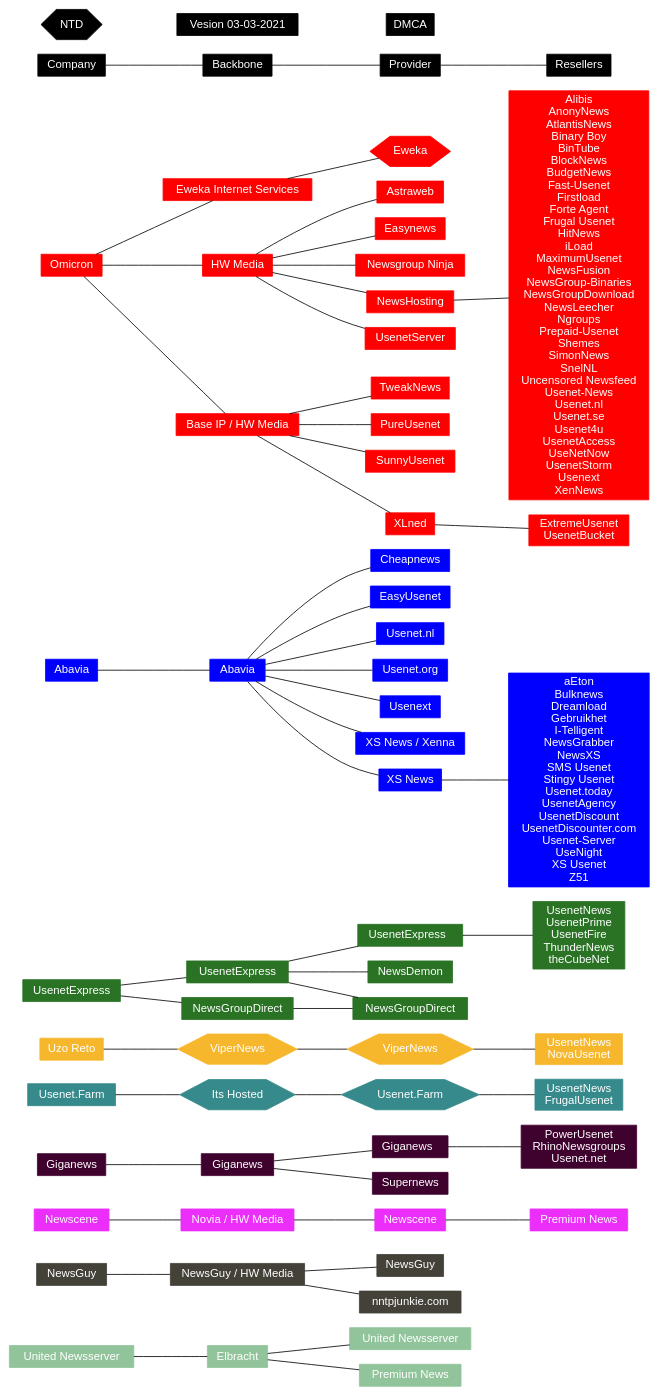
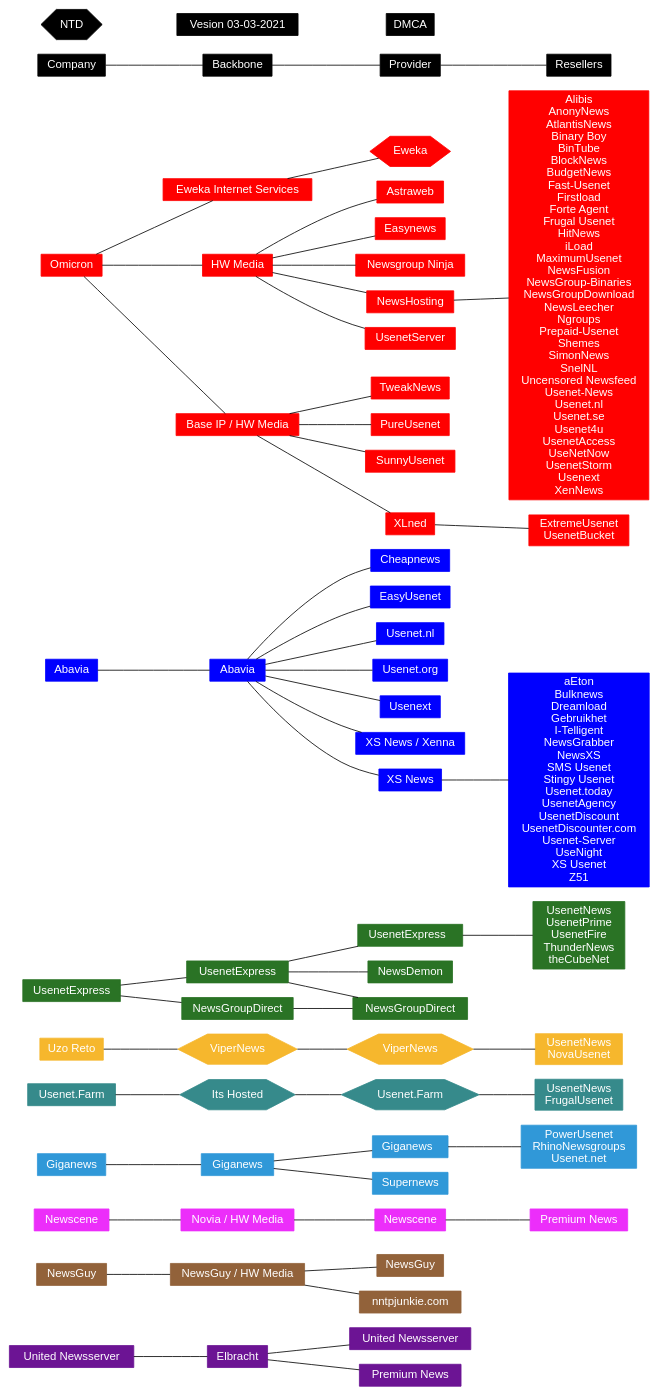
Before and after one commit to hassonipulus/usenet_tree: the diagram in graph.gv, drawn with Graphviz.

```diff
--- a/graph.gv
+++ b/graph.gv
@@ -1,106 +1,106 @@
 
 # https://edotor.net/
 graph graphname {
 bgcolor=white  	#background color
 rankdir=LR 		#direction of graph, eg LR is Left-to-Right ,TB is Top-to-Bottom
 node [shape = box  style=filled fontcolor=white height=.37 fontname=Helvetica] #these effect everything below unless overridden by another "node[]" statement
 edge [color=black] #the edge is the lines between company/backbone/provider reseller
 
-    node [color="#91c49b"] #we change the colour of each company, eg omicron is "red"
+    node [color="#6c1494"] #we change the colour of each company, eg omicron is "red"
 "United Newsserver " --	"Elbracht"
 "Elbracht" -- "United Newsserver"
 "Elbracht" -- "Premium News "
      
-    node [color="#444139"]
+    node [color="#92623a"]
 "NewsGuy " -- "NewsGuy / HW Media" -- "NewsGuy"
 "NewsGuy / HW Media" -- "nntpjunkie.com"
 
     node [color="#ec2efa"]
 "Newscene " -- "Novia / HW Media" -- "Newscene" -- "Premium News"
  
-    node [color="#3f022e"]
+    node [color="#3098d8"]
 "Giganews" --	"Giganews " -- "Giganews  "
 "Giganews " --	"Supernews"
 "Giganews  " --	"PowerUsenet\nRhinoNewsgroups\nUsenet.net"
 
     node [color="#368a8b"]
 "Usenet.Farm " -- {node[shape=hexagon]"Its Hosted"} -- {node[shape=hexagon]"Usenet.Farm"} -- "UsenetNews\nFrugalUsenet" #the "{node[shape=folder fontcolor=orange]"Usenet.Farm"}" is for marking something as NTD
  
     node [color="#f6b72d"]
 "Uzo Reto" -- {node[shape=hexagon]"ViperNews"} -- {node[shape=hexagon]"ViperNews "} -- " UsenetNews\nNovaUsenet"
  
     node [color="#2a7325"]
 "UsenetExpress" -- "UsenetExpress " -- "UsenetExpress  " -- "UsenetNews\nUsenetPrime\n UsenetFire\nThunderNews\n theCubeNet"
 "UsenetExpress " -- "NewsDemon"
 "UsenetExpress " -- "NewsGroupDirect "
 "UsenetExpress" -- "NewsGroupDirect" -- "NewsGroupDirect "
  
     node [color=blue]
 "Abavia" -- "Abavia " -- "Cheapnews"
 "Abavia " -- "EasyUsenet"
 "Abavia " -- "Usenet.nl"
 "Abavia " -- "Usenet.org"
 "Abavia " -- "Usenext"
 "Abavia " -- "XS News / Xenna"
 "Abavia " -- "XS News"
 "XS News" -- "aEton\nBulknews\nDreamload\nGebruikhet\nI-Telligent\nNewsGrabber\nNewsXS\nSMS Usenet\nStingy Usenet\nUsenet.today\nUsenetAgency\nUsenetDiscount\nUsenetDiscounter.com\nUsenet-Server\nUseNight\nXS Usenet\nZ51"
  
     node [color=red]
 "Omicron" --  "Eweka Internet Services" -- {node[shape=hexagon] Eweka}
 "Omicron" -- "HW Media"
 "HW Media" -- "Astraweb"
 "HW Media" -- "Easynews"
 "HW Media" -- "Newsgroup Ninja"
 "HW Media" -- "NewsHosting"
 "HW Media" -- "UsenetServer"
 "NewsHosting" -- "Alibis\nAnonyNews\nAtlantisNews\nBinary Boy\nBinTube\nBlockNews\nBudgetNews\nFast-Usenet\nFirstload\nForte Agent\nFrugal Usenet\nHitNews\niLoad\nMaximumUsenet\nNewsFusion\nNewsGroup-Binaries\nNewsGroupDownload\nNewsLeecher\nNgroups\nPrepaid-Usenet\nShemes\nSimonNews\nSnelNL\nUncensored Newsfeed\nUsenet-News\nUsenet.nl\nUsenet.se\nUsenet4u\nUsenetAccess\nUseNetNow\nUsenetStorm\nUsenext\nXenNews"
  
 "Omicron" -- "Base IP / HW Media"
 "Base IP / HW Media" -- "TweakNews"
 "Base IP / HW Media" -- "PureUsenet"
 "Base IP / HW Media" -- "SunnyUsenet"
 "Base IP / HW Media" -- "XLned"
 "XLned" -- "ExtremeUsenet\nUsenetBucket"
 
     node [shape = box style="filled" color=black] 
 "Company" -- "Backbone" -- "Provider" -- "Resellers"
 edge [style=invis]
 "Vesion 03-03-2021" -- "DMCA"
 
 	node[shape=hexagon fillcolor=black] edge [style=invis]
 "NTD" -- "Vesion 03-03-2021"
 }
 
 /*The " -- " symbol defiines a relationship between "parent -- child"
 
 Some companies/providers/backbones have the same name Eg Altopia_company_ serves Altopia_backbone
 who then serves Altopia_provider, because they all have to have unique names I just added some extra spaces
 at the end eg "Altopia" -- "Altopia " -- "Altoipia  "
 
 
 To generate an updated version it's all doable in your browser and we've kept it fairly simple.
 
 https://edotor.net/ is probably where you're viewing this from.
 
 As you edit the left text you'll see, in real time, the changes made on the right side.
 
 Importantly when you're done editing, in the top-left click the "Download" button, select SVG.
 
 Woopdidoo, you now have downloaded an updated tree diagram.
 
 Also importantly, in the top right corner click "Copy Share Link". Now you can share this link 
 for people to resume where ever you left off editing.
 
 
 The rest is fairly self explanitory. 
 
 For the non-programmers:
 
 The " -- " symbol defiines a relationship between "parent -- child"
 
 Curly braces "{}" constrict code to within the braces eg. "{node[shape=folder fontcolor=orange] Eweka}" the "shape" and "fontcolor" only effects "Eweka" because it's the only thing contained within the curly braces
 
 "\n" does a new line, eg "UsenetNews\nUsenetPrime\n UsenetFire" puts each reseller on a new line
 
 "#" is a comment which doesn't effect the code, effects from "#" til the end of the line
 */
```
